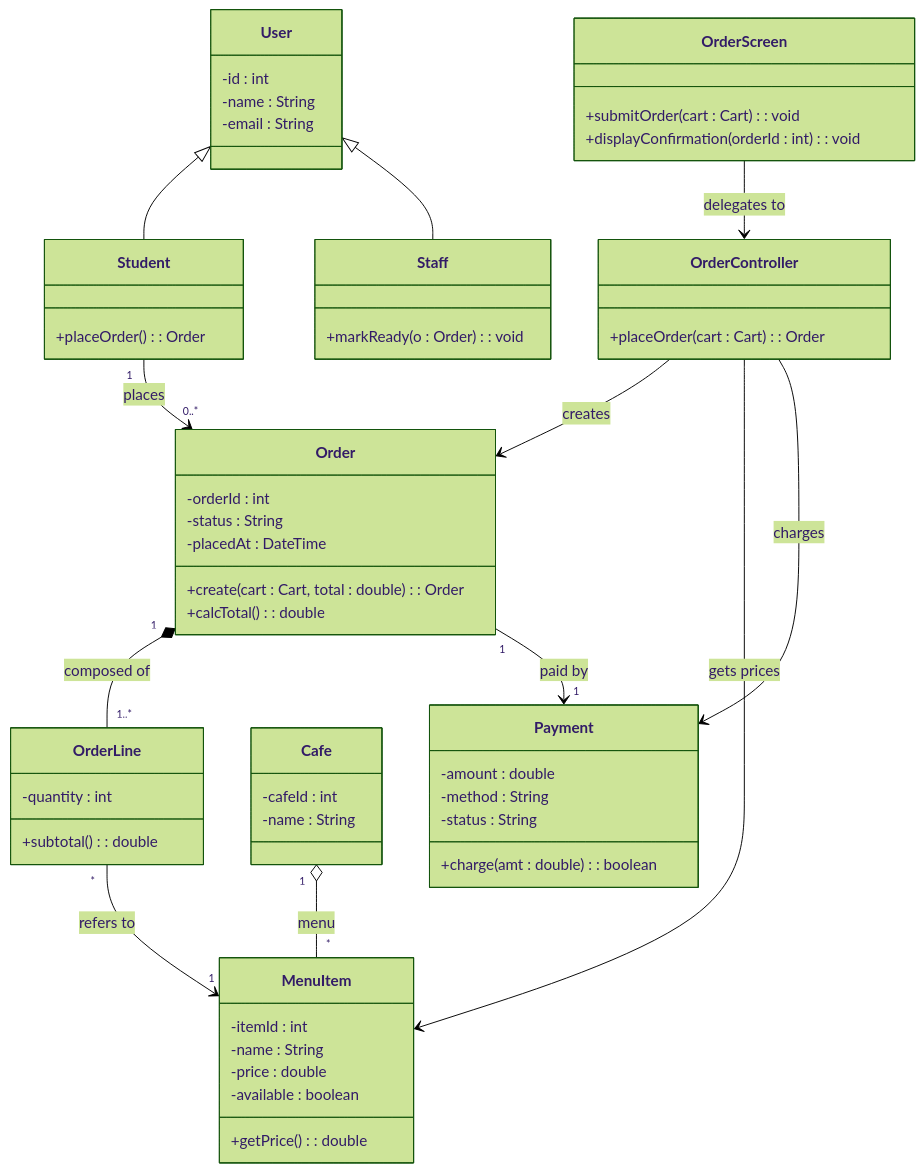
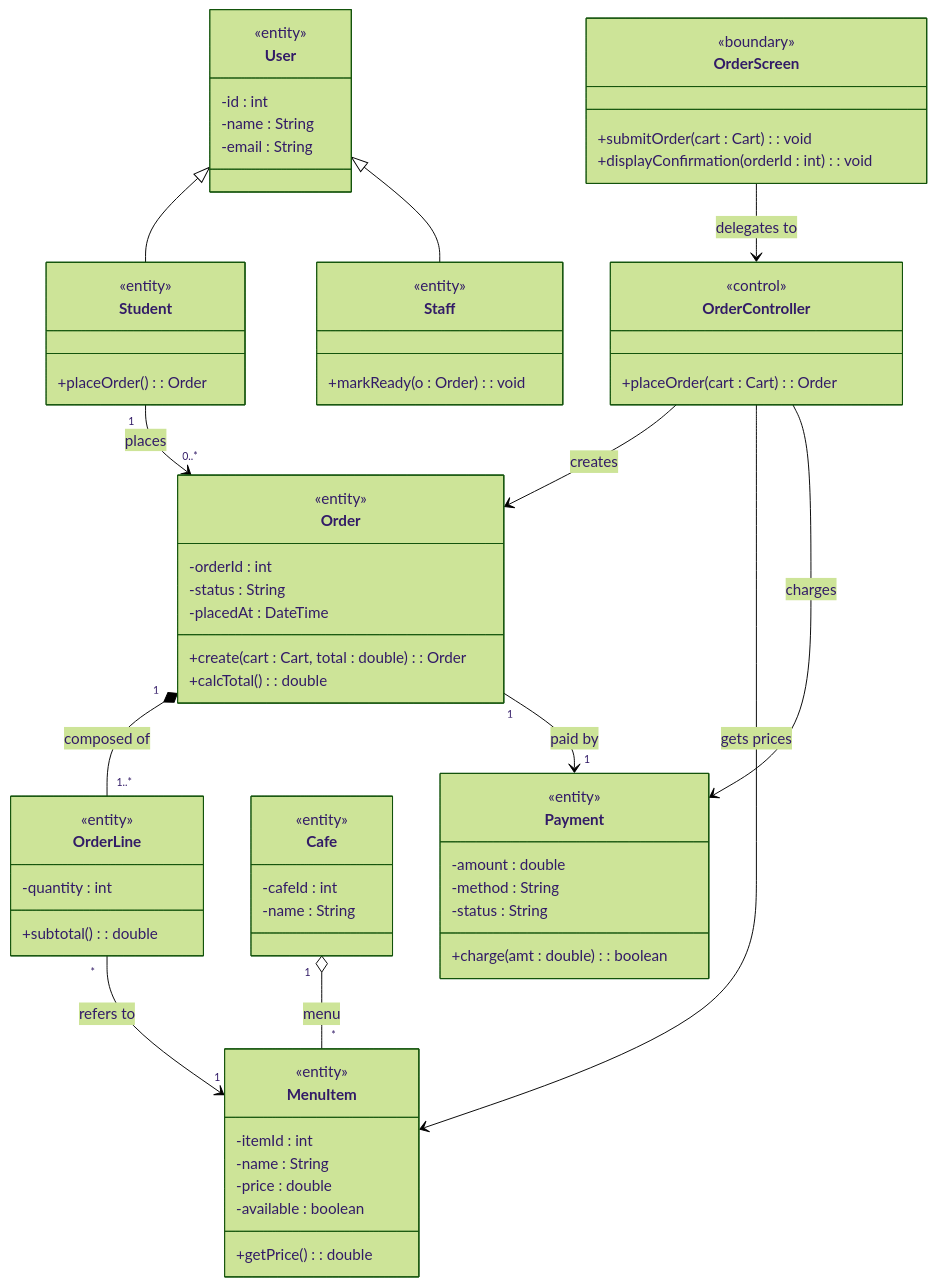
One commit to Beh69/Software-dev-lectures changed the second of 5 diagrams in EXAM-DIAGRAMS-AND-DESCRIPTIONS.md. Above: the diagram before and after it, drawn with Mermaid (forest theme). The commit also changed other lines of this file and 1 other file, not shown here.

Commit message:
Add BCE stereotypes to worked UML diagrams

````diff
--- a/EXAM-DIAGRAMS-AND-DESCRIPTIONS.md
+++ b/EXAM-DIAGRAMS-AND-DESCRIPTIONS.md
@@ -147,61 +149,71 @@
 ```mermaid
 classDiagram
     class User {
+        <<entity>>
         -id : int
         -name : String
         -email : String
     }
     class Student {
+        <<entity>>
         +placeOrder(): Order
     }
     class Staff {
+        <<entity>>
         +markReady(o : Order): void
     }
     class OrderScreen {
+        <<boundary>>
         +submitOrder(cart : Cart): void
         +displayConfirmation(orderId : int): void
     }
     class OrderController {
+        <<control>>
         +placeOrder(cart : Cart): Order
     }
     class Order {
+        <<entity>>
         -orderId : int
         -status : String
         -placedAt : DateTime
         +create(cart : Cart, total : double): Order
         +calcTotal(): double
     }
     class OrderLine {
+        <<entity>>
         -quantity : int
         +subtotal(): double
     }
     class MenuItem {
+        <<entity>>
         -itemId : int
         -name : String
         -price : double
         -available : boolean
         +getPrice(): double
     }
     class Cafe {
+        <<entity>>
         -cafeId : int
         -name : String
     }
     class Payment {
+        <<entity>>
         -amount : double
         -method : String
         -status : String
         +charge(amt : double): boolean
     }
 
     User <|-- Student
     User <|-- Staff
     Student "1" --> "0..*" Order : places
     OrderScreen --> OrderController : delegates to
     OrderController --> Order : creates
     OrderController --> MenuItem : gets prices
     OrderController --> Payment : charges
     Order "1" *-- "1..*" OrderLine : composed of
     OrderLine "*" --> "1" MenuItem : refers to
     Cafe "1" o-- "*" MenuItem : menu
     Order "1" --> "1" Payment : paid by
 ```
````
